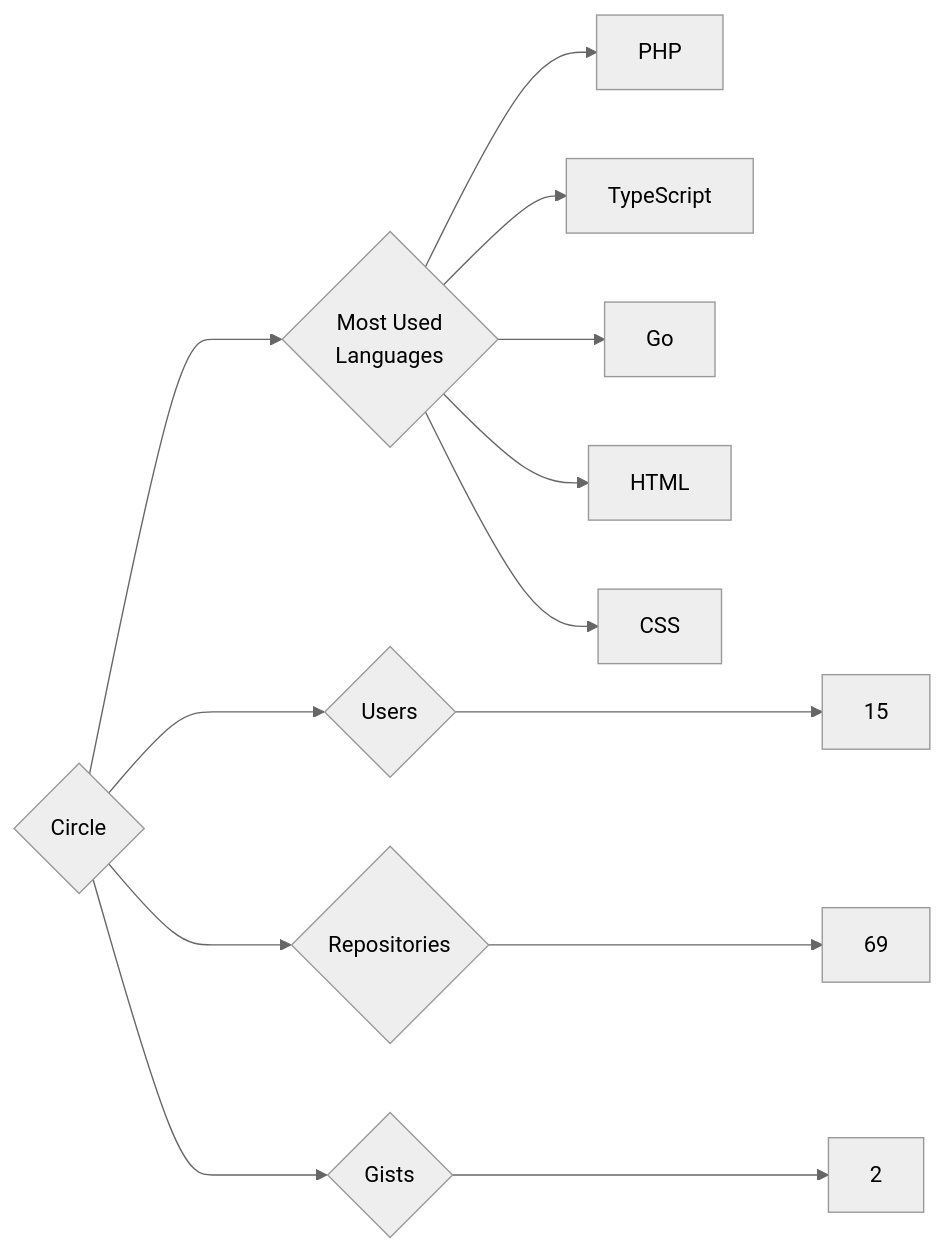
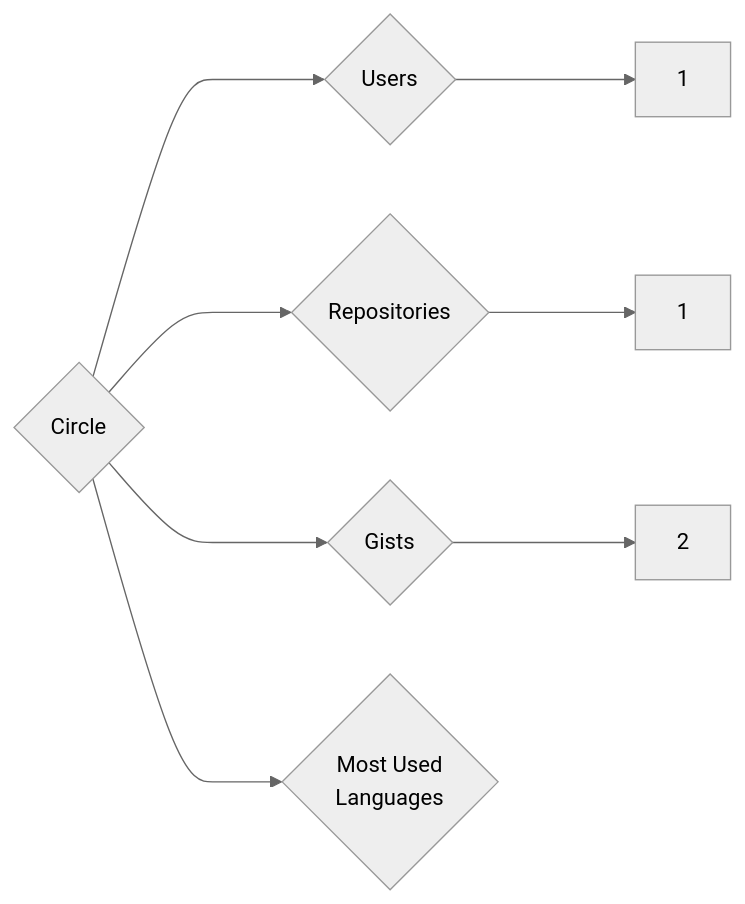
The diagram in targets/Circle/README.md (trickest/insiders), drawn with Mermaid (neutral theme) before and after one commit. The commit also changed 688 other files, not shown here.

````diff
--- a/targets/Circle/README.md
+++ b/targets/Circle/README.md
@@ -3,13 +3,8 @@
 ```mermaid
 graph LR
 COMPANY_NAME{Circle}
-COMPANY_NAME ---> U{Users} ---> UN[15]
-COMPANY_NAME ---> R{Repositories} ---> RN[69]
+COMPANY_NAME ---> U{Users} ---> UN[1]
+COMPANY_NAME ---> R{Repositories} ---> RN[1]
 COMPANY_NAME ---> G{Gists} ---> GN[2]
 COMPANY_NAME ---> ML{Most Used<br>Languages}
-ML --> PHP[PHP]
-ML --> TypeScript[TypeScript]
-ML --> Go[Go]
-ML --> HTML[HTML]
-ML --> CSS[CSS]
 ```
````
